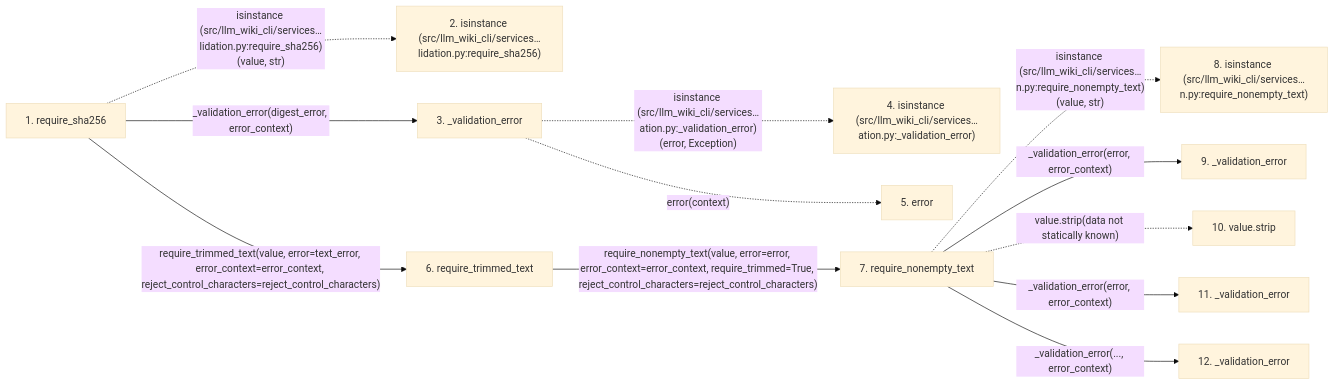
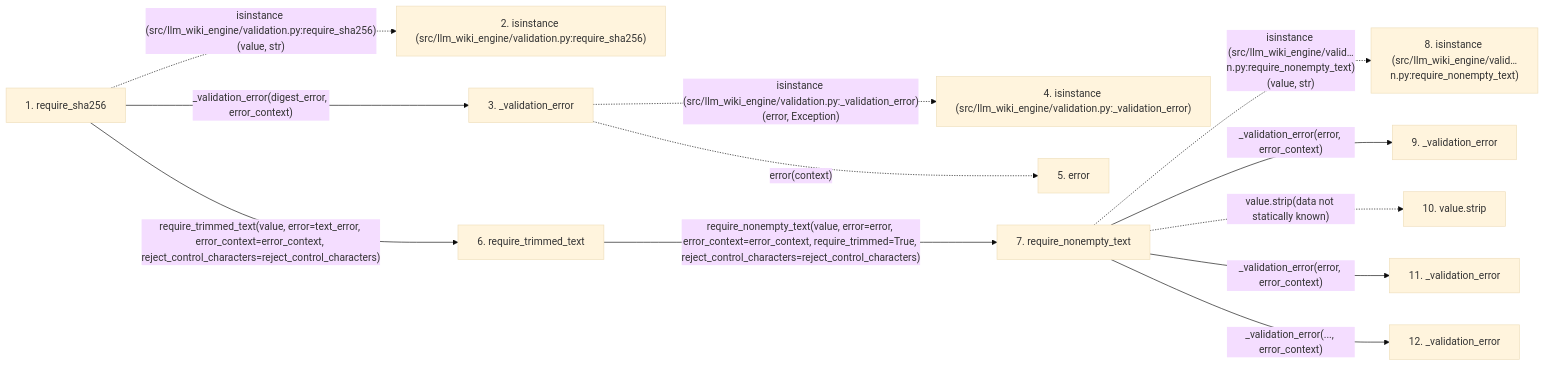
Before and after one commit to Denissvgn/python-wiki-llm: the second of 2 diagrams in docs/llm_wiki/flows/api-require_sha256.md, drawn with Mermaid (base theme). The commit also changed other lines of this file and 1103 other files, not shown here.

First line of the commit message:
docs: refresh the wiki for the llm-wiki-engine distribution

````diff
--- a/docs/llm_wiki/flows/api-require_sha256.md
+++ b/docs/llm_wiki/flows/api-require_sha256.md
@@ -61,33 +61,33 @@
 ```mermaid
 flowchart LR
     s1["1. require_sha256"]
-    s2["2. isinstance (src/llm_wiki_cli/services…lidation.py:require_sha256)"]
+    s2["2. isinstance (src/llm_wiki_engine/validation.py:require_sha256)"]
     s3["3. _validation_error"]
-    s4["4. isinstance (src/llm_wiki_cli/services…ation.py:_validation_error)"]
+    s4["4. isinstance (src/llm_wiki_engine/validation.py:_validation_error)"]
     s5["5. error"]
     s6["6. require_trimmed_text"]
     s7["7. require_nonempty_text"]
-    s8["8. isinstance (src/llm_wiki_cli/services…n.py:require_nonempty_text)"]
+    s8["8. isinstance (src/llm_wiki_engine/valid…n.py:require_nonempty_text)"]
     s9["9. _validation_error"]
     s10["10. value.strip"]
     s11["11. _validation_error"]
     s12["12. _validation_error"]
-    s1 -. "isinstance (src/llm_wiki_cli/services…lidation.py:require_sha256)(value, str)" .-> s2
+    s1 -. "isinstance (src/llm_wiki_engine/validation.py:require_sha256)(value, str)" .-> s2
     s1 -->|"_validation_error(digest_error, error_context)"| s3
-    s3 -. "isinstance (src/llm_wiki_cli/services…ation.py:_validation_error)(error, Exception)" .-> s4
+    s3 -. "isinstance (src/llm_wiki_engine/validation.py:_validation_error)(error, Exception)" .-> s4
     s3 -. "error(context)" .-> s5
     s1 -->|"require_trimmed_text(value, error=text_error, error_context=error_context, reject_control_characters=reject_control_characters)"| s6
     s6 -->|"require_nonempty_text(value, error=error, error_context=error_context, require_trimmed=True, reject_control_characters=reject_control_characters)"| s7
-    s7 -. "isinstance (src/llm_wiki_cli/services…n.py:require_nonempty_text)(value, str)" .-> s8
+    s7 -. "isinstance (src/llm_wiki_engine/valid…n.py:require_nonempty_text)(value, str)" .-> s8
     s7 -->|"_validation_error(error, error_context)"| s9
     s7 -. "value.strip(data not statically known)" .-> s10
     s7 -->|"_validation_error(error, error_context)"| s11
     s7 -->|"_validation_error(..., error_context)"| s12
     click s1 "../modules/validation.md"
     click s3 "../modules/validation.md"
     click s6 "../modules/validation.md"
     click s7 "../modules/validation.md"
     click s9 "../modules/validation.md"
     click s11 "../modules/validation.md"
     click s12 "../modules/validation.md"
 ```
````
